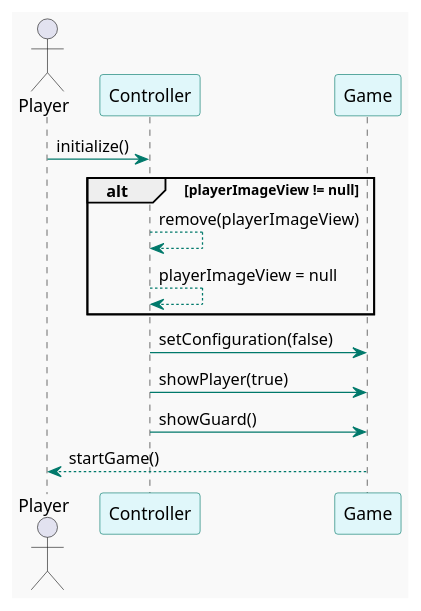
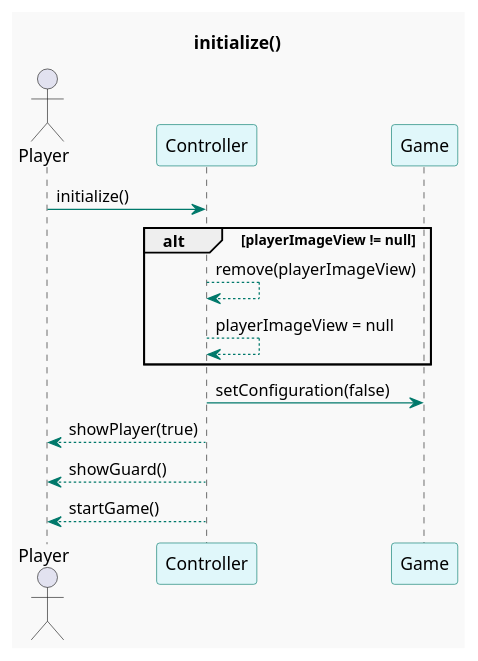
Before and after one commit to marchettialessio/gastronomia_team14: the fourth of 4 diagrams in internal_sequence_diagrams.md, drawn with PlantUML. The commit also changed other lines of this file, not shown here.

```diff
--- a/internal_sequence_diagrams.md
+++ b/internal_sequence_diagrams.md
@@ -129,27 +123,29 @@
 @startuml
+
+title initialize()
 
 skinparam backgroundColor #f9f9f9
 skinparam participantBackgroundColor #e0f7fa
 skinparam participantBorderColor #00796b
 skinparam sequenceArrowColor #00796b
 skinparam sequenceBoxBackgroundColor #b2dfdb
 skinparam sequenceBoxBorderColor #004d40
 skinparam criticalBackgroundColor #ffcdd2
 skinparam criticalBorderColor #b71c1c
 skinparam altBackgroundColor #d1c4e9
 skinparam altBorderColor #512da8
 
 actor Player
 participant Controller
 participant Game
 
 Player -> Controller : initialize()
 alt playerImageView != null
     Controller --> Controller : remove(playerImageView)
     Controller --> Controller : playerImageView = null
 end
 Controller -> Game: setConfiguration(false)
-Controller -> Game: showPlayer(true)
-Controller -> Game: showGuard()
-Game --> Player: startGame()
+Controller --> Player: showPlayer(true)
+Controller --> Player: showGuard()
+Controller --> Player: startGame()
 @enduml
```
